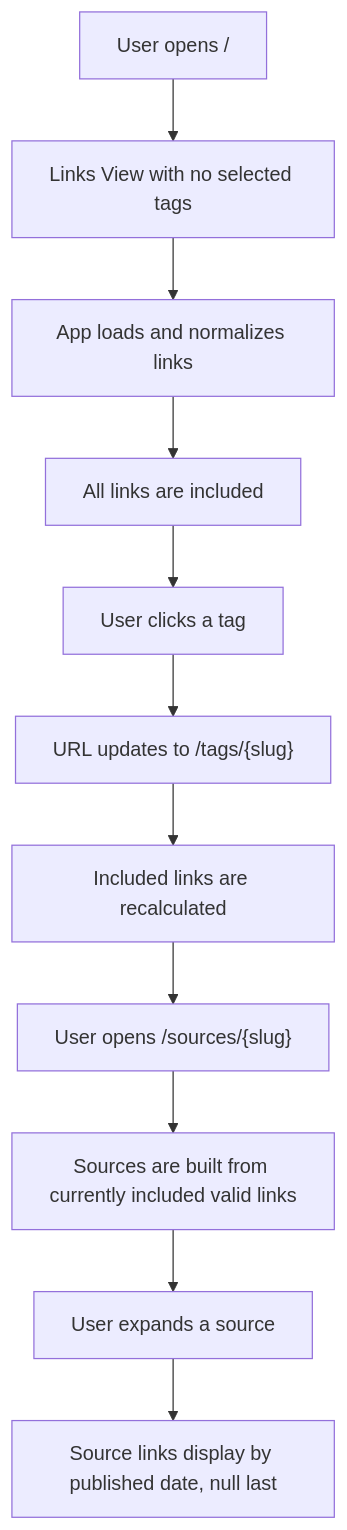
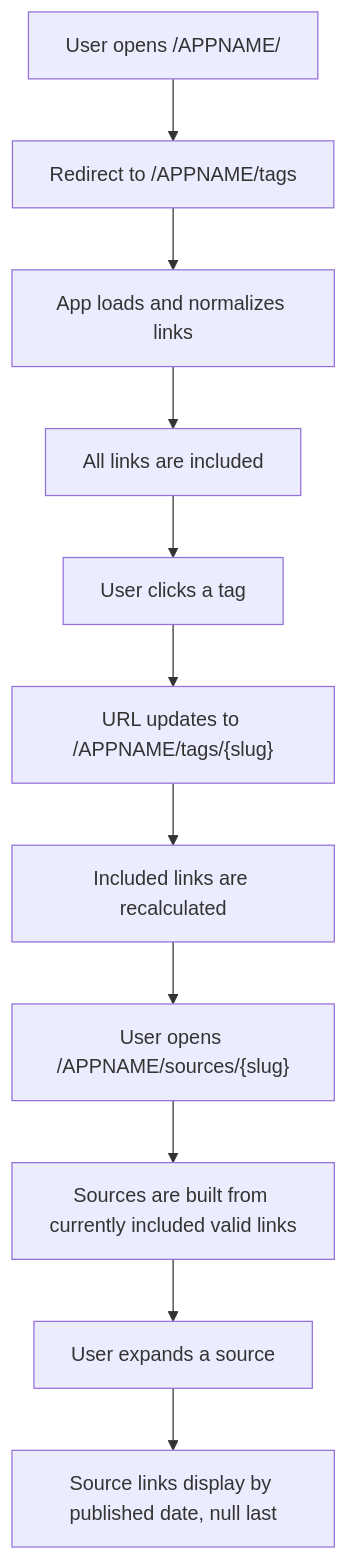
One commit to johnpfeiffer/links-app changed the second of 2 diagrams in SPEC/implementation-plan.md. Above: the diagram before and after it, drawn with Mermaid. The commit also changed other lines of this file and 10 other files, not shown here.

````diff
--- a/SPEC/implementation-plan.md
+++ b/SPEC/implementation-plan.md
@@ -62,13 +64,13 @@
 ```mermaid
 flowchart TD
-  A["User opens /"] --> B["Links View with no selected tags"]
+  A["User opens /APPNAME/"] --> B["Redirect to /APPNAME/tags"]
   B --> C["App loads and normalizes links"]
   C --> D["All links are included"]
   D --> E["User clicks a tag"]
-  E --> F["URL updates to /tags/{slug}"]
+  E --> F["URL updates to /APPNAME/tags/{slug}"]
   F --> G["Included links are recalculated"]
-  G --> H["User opens /sources/{slug}"]
+  G --> H["User opens /APPNAME/sources/{slug}"]
   H --> I["Sources are built from currently included valid links"]
   I --> J["User expands a source"]
   J --> K["Source links display by published date, null last"]
 ```
````
